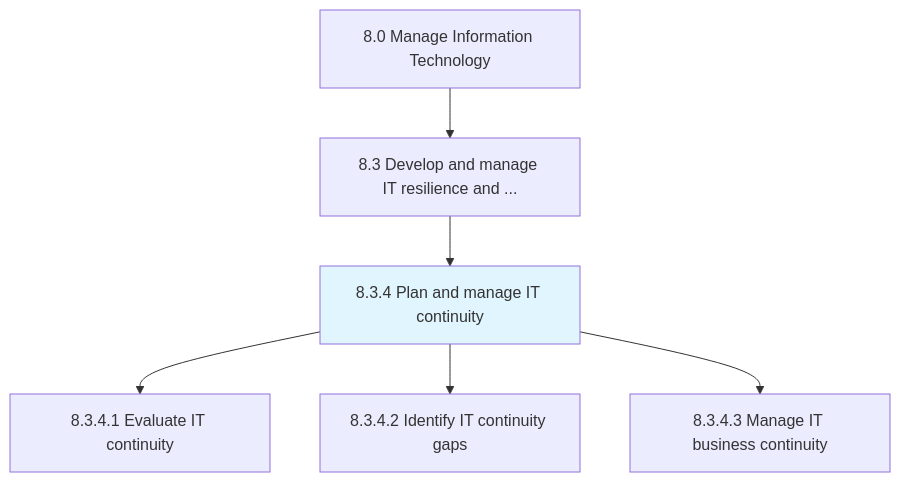
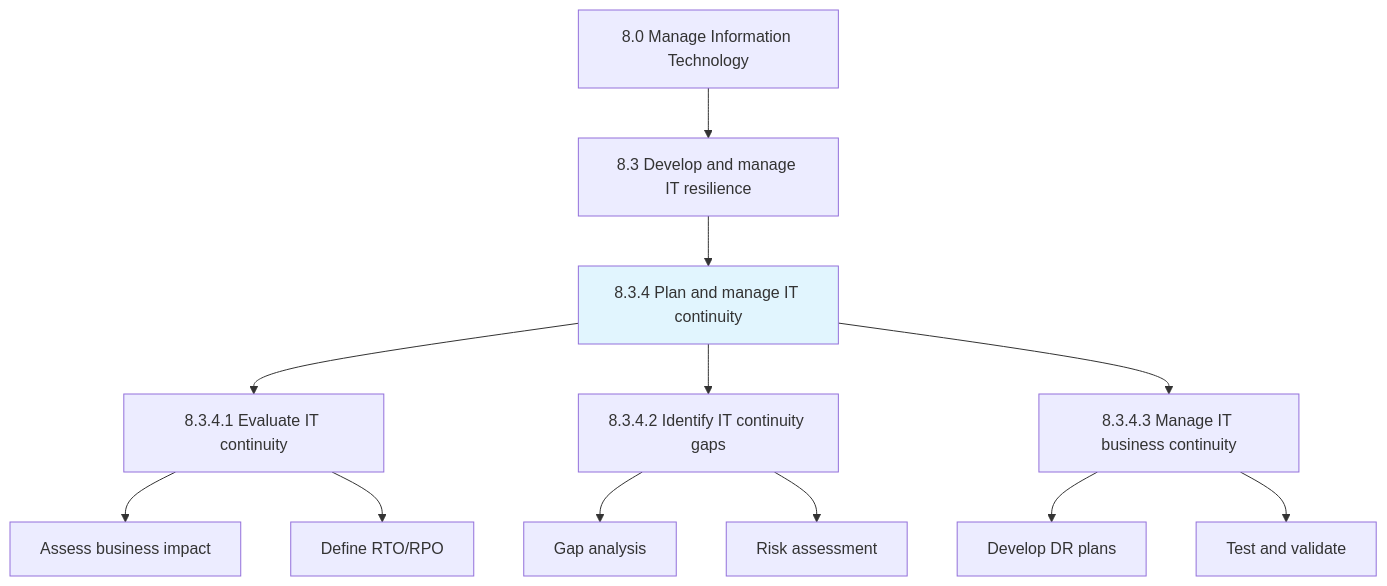
Before and after one commit to kziemski/business.org.ai: the first of 3 diagrams in processes/08-IT/8.3-DevelopManageITResilience/8.3.4-PlanManageITContinuity/index.mdx, drawn with Mermaid. The commit also changed other lines of this file and 67 other files, not shown here.

````diff
--- a/processes/08-IT/8.3-DevelopManageITResilience/8.3.4-PlanManageITContinuity/index.mdx
+++ b/processes/08-IT/8.3-DevelopManageITResilience/8.3.4-PlanManageITContinuity/index.mdx
@@ -25,10 +27,17 @@
 ```mermaid
 graph TD
     C8["8.0 Manage Information Technology"]
-    C8 --> N8_3["8.3 Develop and manage IT resilience and ..."]
+    C8 --> N8_3["8.3 Develop and manage IT resilience"]
     N8_3 --> N8_3_4["8.3.4 Plan and manage IT continuity"]
     style N8_3_4 fill:#e1f5fe
     N8_3_4 --> N8_3_4_1["8.3.4.1 Evaluate IT continuity"]
     N8_3_4 --> N8_3_4_2["8.3.4.2 Identify IT continuity gaps"]
     N8_3_4 --> N8_3_4_3["8.3.4.3 Manage IT business continuity"]
+
+    N8_3_4_1 --> A1["Assess business impact"]
+    N8_3_4_1 --> A2["Define RTO/RPO"]
+    N8_3_4_2 --> A3["Gap analysis"]
+    N8_3_4_2 --> A4["Risk assessment"]
+    N8_3_4_3 --> A5["Develop DR plans"]
+    N8_3_4_3 --> A6["Test and validate"]
 ```
````
